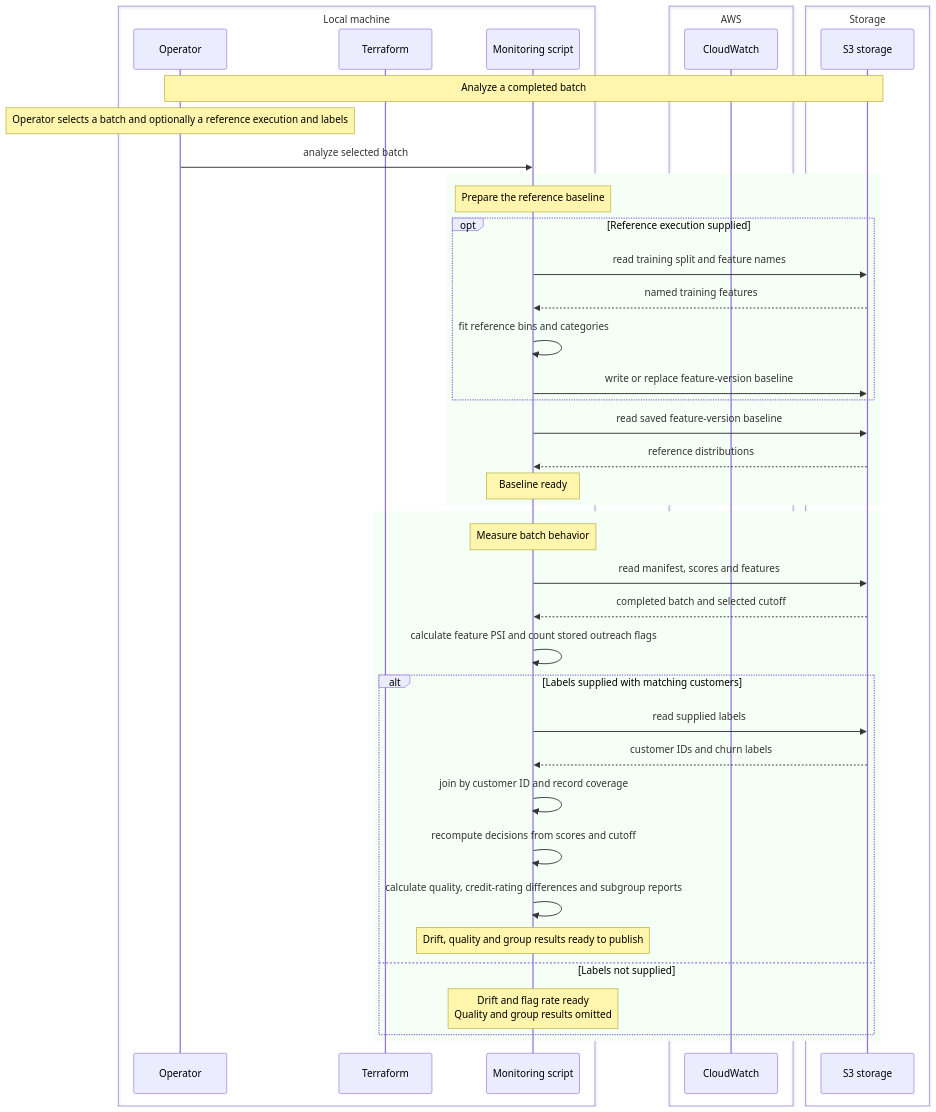
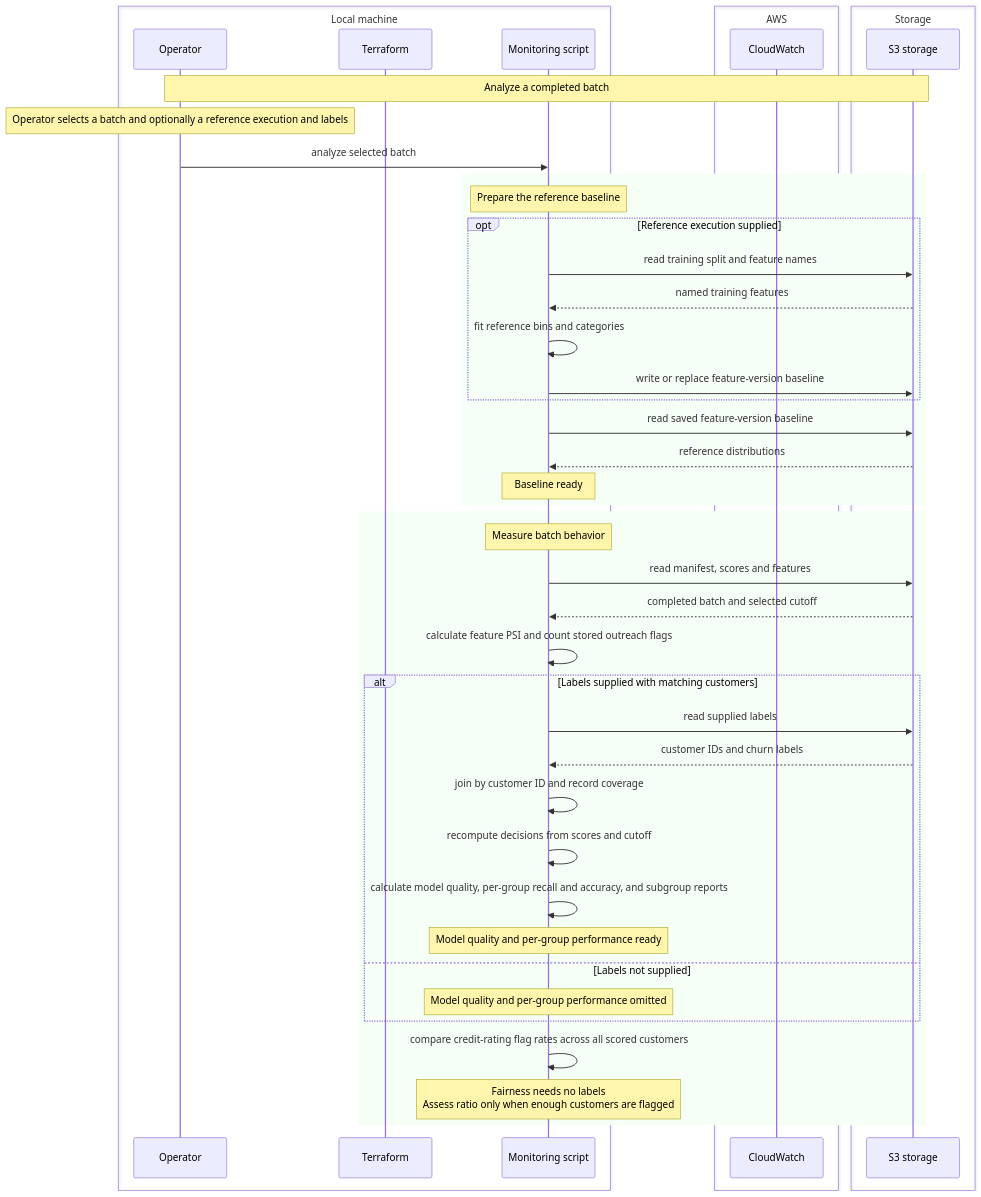
The diagram in Documentation/Pipeline/Children/Monitoring/Resources/SequenceDiagram_Action_2.md (MaximeBoulat/customer-churn-pipeline), drawn with Mermaid before and after one commit. The commit also changed 8 other files, not shown here.

````diff
--- a/Documentation/Pipeline/Children/Monitoring/Resources/SequenceDiagram_Action_2.md
+++ b/Documentation/Pipeline/Children/Monitoring/Resources/SequenceDiagram_Action_2.md
@@ -1,45 +1,47 @@
 ```mermaid
 sequenceDiagram
     box Local machine
         participant Operator
         participant Terraform
         participant Monitor as Monitoring script
     end
     box AWS
         participant CW as CloudWatch
     end
     box Storage
         participant S3 as S3 storage
     end
     Note over Operator,S3: Analyze a completed batch
     Note over Operator: Operator selects a batch and optionally a reference execution and labels
     Operator->>Monitor: analyze selected batch
     rect rgb(245, 255, 245)
         Note over Monitor: Prepare the reference baseline
         opt Reference execution supplied
             Monitor->>S3: read training split and feature names
             S3-->>Monitor: named training features
             Monitor->>Monitor: fit reference bins and categories
             Monitor->>S3: write or replace feature-version baseline
         end
         Monitor->>S3: read saved feature-version baseline
         S3-->>Monitor: reference distributions
         Note over Monitor: Baseline ready
     end
     rect rgb(245, 255, 245)
         Note over Monitor: Measure batch behavior
         Monitor->>S3: read manifest, scores and features
         S3-->>Monitor: completed batch and selected cutoff
         Monitor->>Monitor: calculate feature PSI and count stored outreach flags
         alt Labels supplied with matching customers
             Monitor->>S3: read supplied labels
             S3-->>Monitor: customer IDs and churn labels
             Monitor->>Monitor: join by customer ID and record coverage
             Monitor->>Monitor: recompute decisions from scores and cutoff
-            Monitor->>Monitor: calculate quality, credit-rating differences and subgroup reports
-            Note over Monitor: Drift, quality and group results ready to publish
+            Monitor->>Monitor: calculate model quality, per-group recall and accuracy, and subgroup reports
+            Note over Monitor: Model quality and per-group performance ready
         else Labels not supplied
-            Note over Monitor: Drift and flag rate ready<br/>Quality and group results omitted
+            Note over Monitor: Model quality and per-group performance omitted
         end
+        Monitor->>Monitor: compare credit-rating flag rates across all scored customers
+        Note over Monitor: Fairness needs no labels<br/>Assess ratio only when enough customers are flagged
     end
 ```
````
